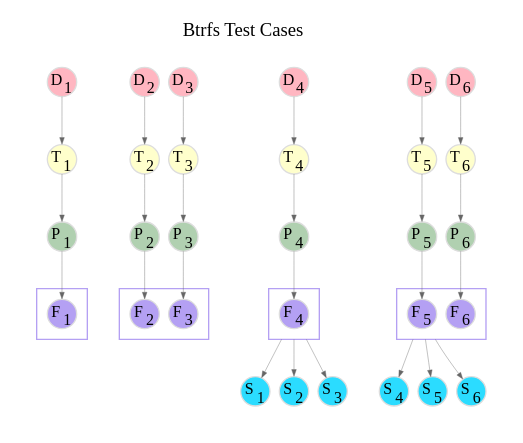
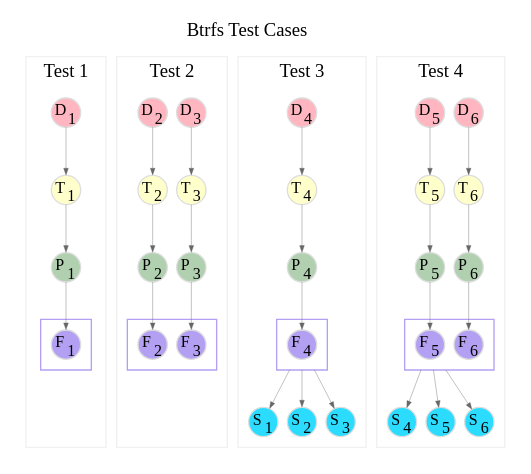
Before and after one commit to flatcap/dparted: the diagram in gfx/btrfs.gv, drawn with Graphviz. The commit also changed 1 other file, not shown here.

Commit message:
btrfs test cases

```diff
--- a/gfx/btrfs.gv
+++ b/gfx/btrfs.gv
@@ -1,152 +1,156 @@
 digraph btrfs {
 	graph [
 		rankdir="TB"
 		bgcolor="white"
 		color="white"
 		nodesep="0.1"
 		ranksep="0.5"
 		labelloc="t"
 		label=<Btrfs Test Cases>
 		compound=true;
 	];
 
 	node [
 		fontsize="12"
 		style="filled"
 		width="0.3"
 		height="0.3"
 		fixedsize="true"
 		penwidth="1.0"
 		color="#DDDDDD"
 		fillcolor="#ffffc0"
 	];
 
 	edge [
 		penwidth="0.3"
 		color="#666666"
 		arrowsize="0.5"
 	];
 
 
 	subgraph cluster1 {
-		color=transparent;
+		color="#f0f0f0";
 		labelloc="t"
-		label=""
+		label="Test 1"
 
 		a_D1 [ label=<D<SUB>1</SUB>> fillcolor="#FFB6C1" ];
 		a_T1 [ label=<T<SUB>1</SUB>> fillcolor="#FFFFCC" ];
 		a_P1 [ label=<P<SUB>1</SUB>> fillcolor="#B0D0B0" ];
+		a_S1 [ style=invis ];
 
 		subgraph cluster11 {
 			color="#B4A0F3";
 			labelloc="t"
 			label=""
 
 			a_F1 [ label=<F<SUB>1</SUB>> fillcolor="#B4A0F3" ];
 		}
 
 		a_D1 -> a_T1;
 		a_T1 -> a_P1;
 		a_P1 -> a_F1;
+		a_F1 -> a_S1 [ style=invis ];
 	}
 
 	subgraph cluster2 {
-		color=transparent;
+		color="#f0f0f0";
 		labelloc="t"
-		label=""
+		label="Test 2"
 
 		b_D3 [ label=<D<SUB>3</SUB>> fillcolor="#FFB6C1" ];
 		b_T3 [ label=<T<SUB>3</SUB>> fillcolor="#FFFFCC" ];
 		b_P3 [ label=<P<SUB>3</SUB>> fillcolor="#B0D0B0" ];
 
 		b_D2 [ label=<D<SUB>2</SUB>> fillcolor="#FFB6C1" ];
 		b_T2 [ label=<T<SUB>2</SUB>> fillcolor="#FFFFCC" ];
 		b_P2 [ label=<P<SUB>2</SUB>> fillcolor="#B0D0B0" ];
+		b_S2 [ style=invis ];
 
 		subgraph cluster21 {
 			color="#B4A0F3";
 			labelloc="t"
 			label=""
 
 			b_F2 [ label=<F<SUB>2</SUB>> fillcolor="#B4A0F3" ];
 			b_F3 [ label=<F<SUB>3</SUB>> fillcolor="#B4A0F3" ];
 		}
 
 		b_D3 -> b_T3;
 		b_T3 -> b_P3;
 		b_P3 -> b_F3;
 
 		b_D2 -> b_T2;
 		b_T2 -> b_P2;
 		b_P2 -> b_F2;
+		b_F2 -> b_S2 [ style=invis ];
 	}
 
 	subgraph cluster3 {
-		color=transparent;
+		color="#f0f0f0";
 		labelloc="t"
-		label=""
+		label="Test 3"
 
 		c_D4 [ label=<D<SUB>4</SUB>> fillcolor="#FFB6C1" ];
 		c_P4 [ label=<P<SUB>4</SUB>> fillcolor="#B0D0B0" ];
 		c_S1 [ label=<S<SUB>1</SUB>> fillcolor="#2BDCFF" ];
 		c_S2 [ label=<S<SUB>2</SUB>> fillcolor="#2BDCFF" ];
 		c_S3 [ label=<S<SUB>3</SUB>> fillcolor="#2BDCFF" ];
 		c_T4 [ label=<T<SUB>4</SUB>> fillcolor="#FFFFCC" ];
 
 		subgraph cluster31 {
 			color="#B4A0F3";
 			labelloc="t"
 			label=""
 
 			c_F4 [ label=<F<SUB>4</SUB>> fillcolor="#B4A0F3" ];
 		}
 
 		c_D4 -> c_T4;
 		c_T4 -> c_P4;
 		c_P4 -> c_F4;
 
 		c_F4 -> c_S1 [ ltail=cluster31 ];
 		c_F4 -> c_S2 [ ltail=cluster31 ];
 		c_F4 -> c_S3 [ ltail=cluster31 ];
 
 	}
 
 	subgraph cluster4 {
-		color=transparent;
+		color="#f0f0f0";
 		labelloc="t"
-		label=""
+		label="Test 4"
 
 		d_D6 [ label=<D<SUB>6</SUB>> fillcolor="#FFB6C1" ];
 		d_T6 [ label=<T<SUB>6</SUB>> fillcolor="#FFFFCC" ];
 		d_P6 [ label=<P<SUB>6</SUB>> fillcolor="#B0D0B0" ];
 
 		d_D5 [ label=<D<SUB>5</SUB>> fillcolor="#FFB6C1" ];
 		d_T5 [ label=<T<SUB>5</SUB>> fillcolor="#FFFFCC" ];
 		d_P5 [ label=<P<SUB>5</SUB>> fillcolor="#B0D0B0" ];
 
 		d_S4 [ label=<S<SUB>4</SUB>> fillcolor="#2BDCFF" ];
 		d_S5 [ label=<S<SUB>5</SUB>> fillcolor="#2BDCFF" ];
 		d_S6 [ label=<S<SUB>6</SUB>> fillcolor="#2BDCFF" ];
 
 		subgraph cluster41 {
 			color="#B4A0F3";
 			labelloc="t"
 			label=""
 
 			d_F5 [ label=<F<SUB>5</SUB>> fillcolor="#B4A0F3" ];
 			d_F6 [ label=<F<SUB>6</SUB>> fillcolor="#B4A0F3" ];
 		}
 
 		d_D6 -> d_T6;
 		d_T6 -> d_P6;
 		d_P6 -> d_F6;
 
 		d_D5 -> d_T5;
 		d_T5 -> d_P5;
 		d_P5 -> d_F5;
 
 		d_F5 -> d_S4 [ ltail=cluster41 ];
 		d_F5 -> d_S5 [ ltail=cluster41 ];
 		d_F5 -> d_S6 [ ltail=cluster41 ];
 	}
 }
```
